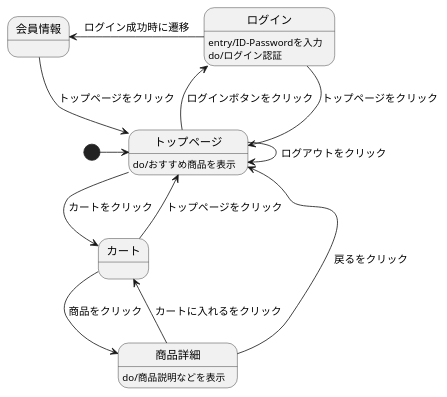
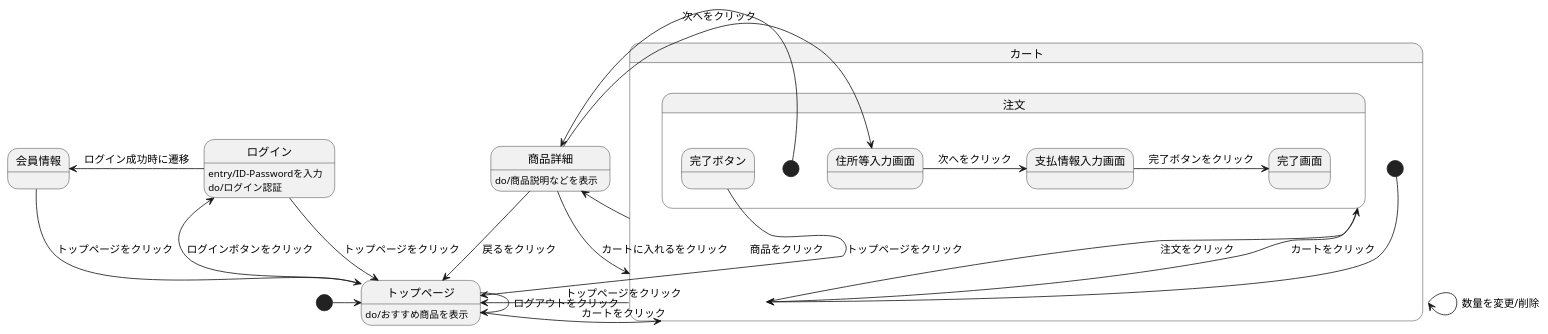
One commit to Aso2101121/2021sys-design-2 changed the diagram in orijinal.stw.md. Above: the diagram before and after it, drawn with PlantUML.

````diff
--- a/orijinal.stw.md
+++ b/orijinal.stw.md
@@ -1,19 +1,33 @@
 ```uml
 @startuml
 [*] -> トップページ
 トップページ : do/おすすめ商品を表示
 会員情報 --> トップページ : トップページをクリック
 ログイン --> トップページ : トップページをクリック
 トップページ --> トップページ : ログアウトをクリック
 トップページ -left-> ログイン : ログインボタンをクリック
 ログイン -left-> 会員情報 : ログイン成功時に遷移
 ログイン : entry/ID-Passwordを入力
 ログイン : do/ログイン認証
 トップページ --> カート : カートをクリック
 商品詳細 --> カート : カートに入れるをクリック
 商品詳細 --> トップページ : 戻るをクリック
 商品詳細 : do/商品説明などを表示
 カート -up-> トップページ : トップページをクリック
 カート -> 商品詳細 : 商品をクリック
+
+state カート{
+ [*] --> カート
+ カート -> 注文 : 注文をクリック
+ カート -> カート : 数量を変更/削除
+ 注文 --> カート : カートをクリック
+ state 注文{
+  [*] -> 商品詳細
+  商品詳細 -> 住所等入力画面 : 次へをクリック
+  住所等入力画面 -> 支払情報入力画面 : 次へをクリック
+  支払情報入力画面 -> 完了画面 : 完了ボタンをクリック
+  完了ボタン --> トップページ : トップページをクリック
+ }
+}
 @enduml
 ```
````
